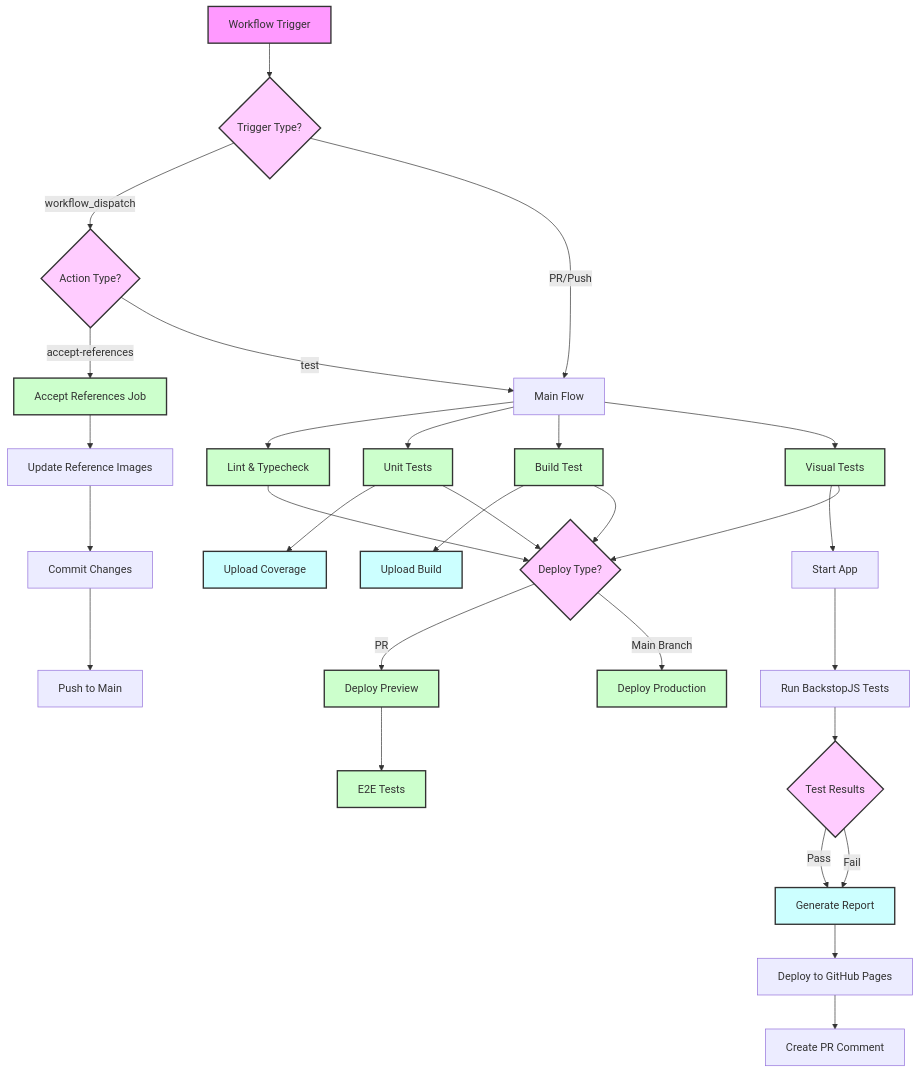
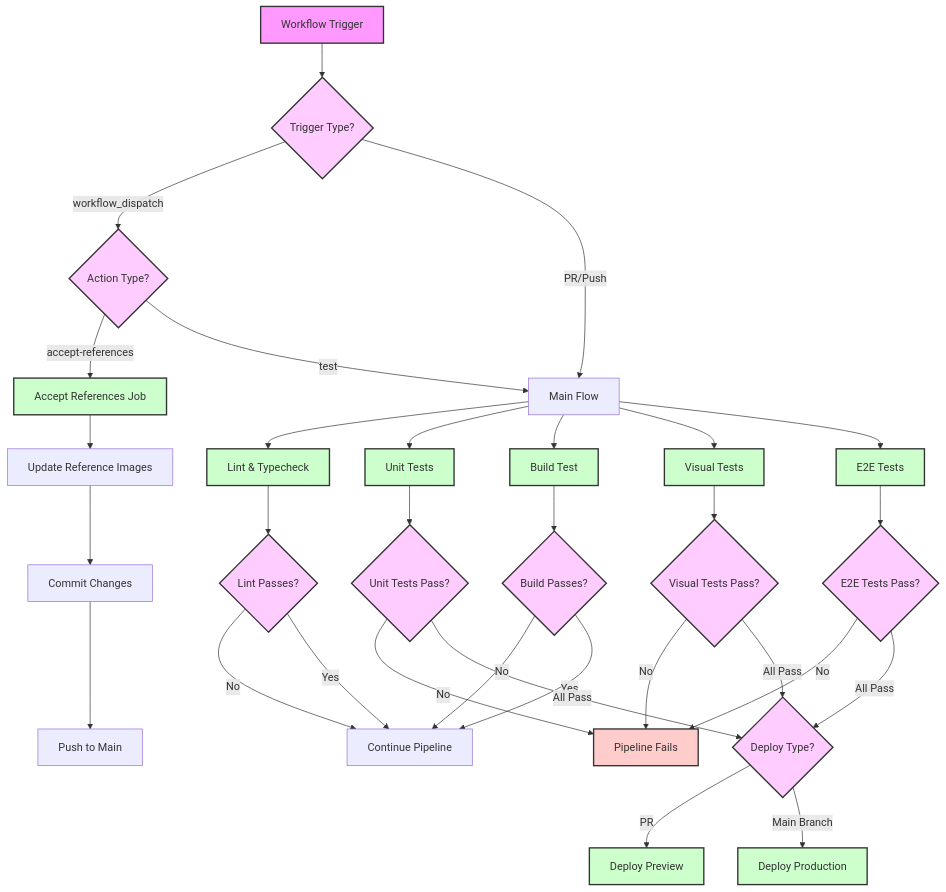
One commit to m1981/mychat changed the diagram in docs/pipeline/doc_ci_decisions-sequence.mmd. Above: the diagram before and after it, drawn with Mermaid.

```diff
--- a/docs/pipeline/doc_ci_decisions-sequence.mmd
+++ b/docs/pipeline/doc_ci_decisions-sequence.mmd
@@ -1,57 +1,61 @@
+
 graph TD
     Start[Workflow Trigger] --> TriggerType{Trigger Type?}
 
 %% Workflow Dispatch Branch
     TriggerType -->|workflow_dispatch| Action{Action Type?}
     Action -->|accept-references| AcceptRef[Accept References Job]
     Action -->|test| MainFlow
 
 %% PR and Push Branch
     TriggerType -->|PR/Push| MainFlow[Main Flow]
 
-%% Main Parallel Jobs
+%% Main Parallel Jobs - Now with failure handling
     MainFlow --> Lint[Lint & Typecheck]
     MainFlow --> Unit[Unit Tests]
     MainFlow --> Build[Build Test]
     MainFlow --> Visual[Visual Tests]
+    MainFlow --> E2E[E2E Tests]
 
-%% Visual Testing Flow
-    Visual --> StartApp[Start App]
-    StartApp --> RunTests[Run BackstopJS Tests]
-    RunTests --> Results{Test Results}
-    Results -->|Pass| Report[Generate Report]
-    Results -->|Fail| Report
-    Report --> DeployPages[Deploy to GitHub Pages]
-    DeployPages --> PRComment[Create PR Comment]
+%% Test Results
+    Unit --> UnitResult{Unit Tests Pass?}
+    Visual --> VisualResult{Visual Tests Pass?}
+    E2E --> E2EResult{E2E Tests Pass?}
 
-%% Unit Test Artifacts
-    Unit --> Coverage[Upload Coverage]
+%% Critical Failure Path
+    UnitResult -->|No| PipelineFail[Pipeline Fails]
+    VisualResult -->|No| PipelineFail
+    E2EResult -->|No| PipelineFail
 
-%% Build Artifacts
-    Build --> BuildArtifacts[Upload Build]
+%% Non-Critical Paths
+    Lint --> LintResult{Lint Passes?}
+    LintResult -->|No| ContinuePipeline[Continue Pipeline]
+    LintResult -->|Yes| ContinuePipeline
+    
+    Build --> BuildResult{Build Passes?}
+    BuildResult -->|No| ContinuePipeline
+    BuildResult -->|Yes| ContinuePipeline
+
+%% Success Path
+    UnitResult & VisualResult & E2EResult -->|All Pass| DeployType{Deploy Type?}
 
 %% Deployment Flows
-    Lint & Unit & Build & Visual --> DeployType{Deploy Type?}
-
-%% PR Flow
     DeployType -->|PR| Preview[Deploy Preview]
-    Preview --> E2E[E2E Tests]
-
-%% Main Branch Flow
     DeployType -->|Main Branch| Prod[Deploy Production]
 
 %% Accept References Flow
     AcceptRef --> UpdateRef[Update Reference Images]
     UpdateRef --> Commit[Commit Changes]
     Commit --> Push[Push to Main]
 
 %% Styling
     classDef trigger fill:#f9f,stroke:#333,stroke-width:2px
     classDef condition fill:#fcf,stroke:#333,stroke-width:2px
     classDef job fill:#cfc,stroke:#333,stroke-width:2px
     classDef artifact fill:#cff,stroke:#333,stroke-width:2px
+    classDef failure fill:#fcc,stroke:#333,stroke-width:2px
 
     class Start trigger
-    class TriggerType,Action,Results,DeployType condition
-    class Lint,Unit,Build,Visual,Preview,E2E,Prod,AcceptRef job
-    class Coverage,BuildArtifacts,Report artifact
+    class TriggerType,Action,UnitResult,VisualResult,E2EResult,DeployType,LintResult,BuildResult condition
+    class Lint,Unit,Build,Visual,E2E,Preview,Prod,AcceptRef job
+    class PipelineFail failure
```
